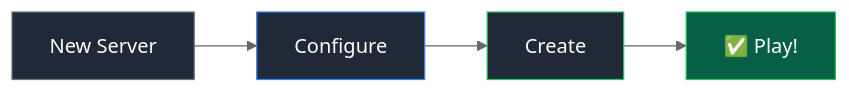
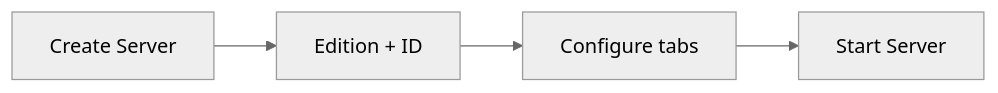
One commit to Ketbome/minepanel changed the second of 3 diagrams in doc/getting-started.md. Above: the diagram before and after it, drawn with Mermaid (neutral theme). The commit also changed other lines of this file and 56 other files, not shown here.

First line of the commit message:
docs: current screenshots and diagrams across the whole site (#333)

````diff
--- a/doc/getting-started.md
+++ b/doc/getting-started.md
@@ -77,8 +81,4 @@
 ```mermaid
 flowchart LR
-    A["New Server"] --> B["Configure"] --> C["Create"] --> D["✅ Play!"]
-    style A fill:#1f2937,stroke:#6b7280,color:#fff
-    style B fill:#1f2937,stroke:#3b82f6,color:#fff
-    style C fill:#1f2937,stroke:#22c55e,color:#fff
-    style D fill:#065f46,stroke:#22c55e,color:#fff
+    A["Create Server"] --> B["Edition + ID"] --> C["Configure tabs"] --> D["Start Server"]
 ```
````
